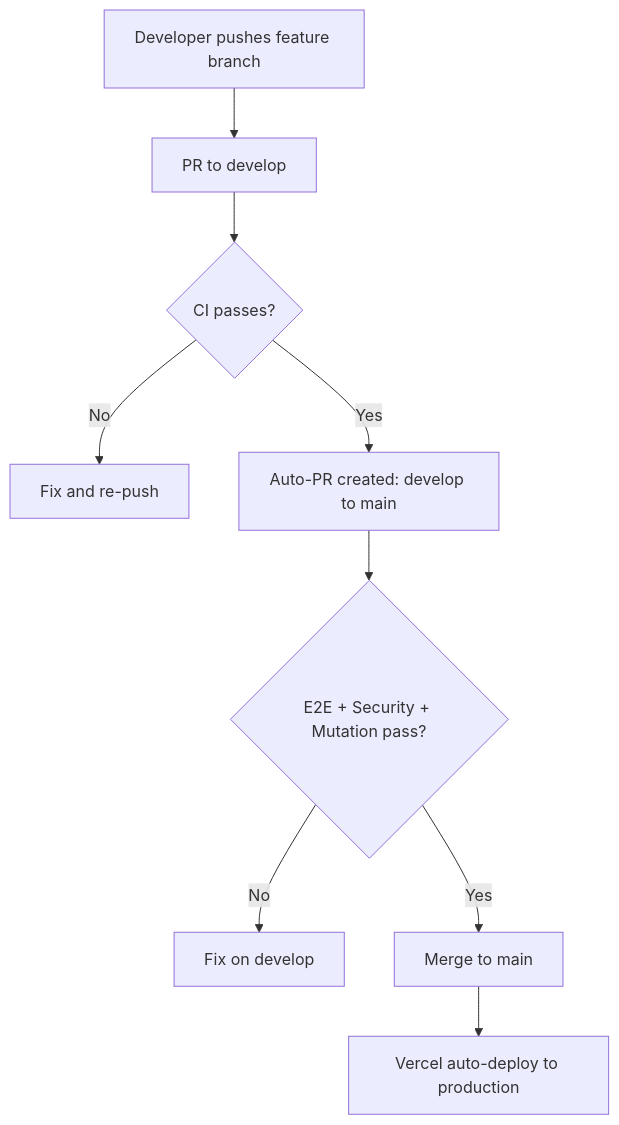
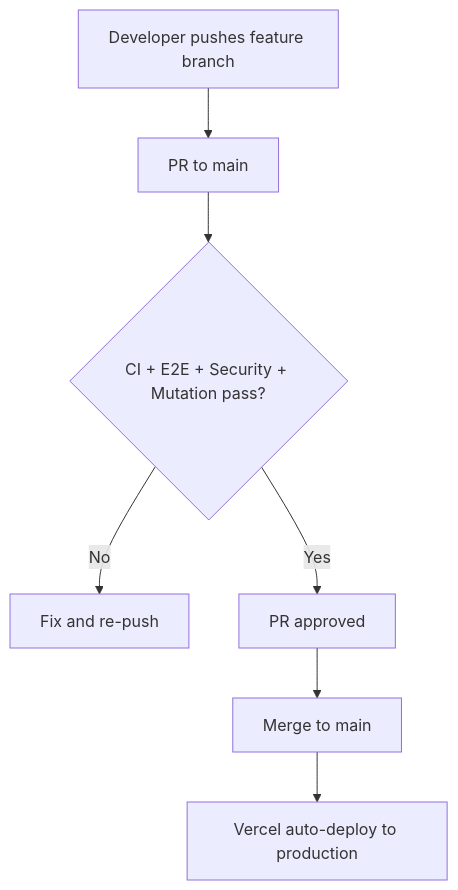
One commit to Oweeboi011/Fit-Ready-IQ changed the fifth of 5 diagrams in README.md. Above: the diagram before and after it, drawn with Mermaid. The commit also changed other lines of this file and 15 other files, not shown here.

````diff
--- a/README.md
+++ b/README.md
@@ -395,11 +393,9 @@
 ```mermaid
 flowchart TD
-    A[Developer pushes feature branch] --> B[PR to develop]
-    B --> C{CI passes?}
+    A[Developer pushes feature branch] --> B[PR to main]
+    B --> C{CI + E2E + Security + Mutation pass?}
     C -->|No| D[Fix and re-push]
-    C -->|Yes| E[Auto-PR created: develop to main]
-    E --> F{E2E + Security + Mutation pass?}
-    F -->|No| G[Fix on develop]
-    F -->|Yes| H[Merge to main]
-    H --> I[Vercel auto-deploy to production]
+    C -->|Yes| E[PR approved]
+    E --> F[Merge to main]
+    F --> G[Vercel auto-deploy to production]
 ```
````
